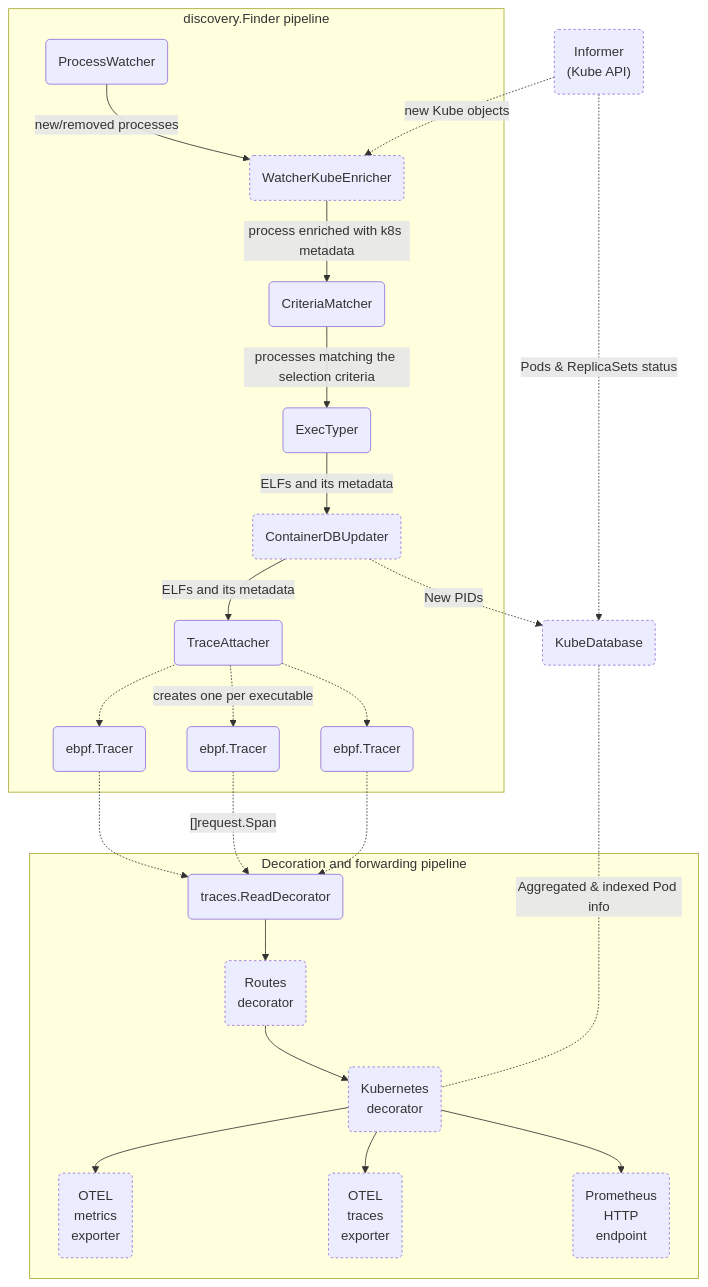
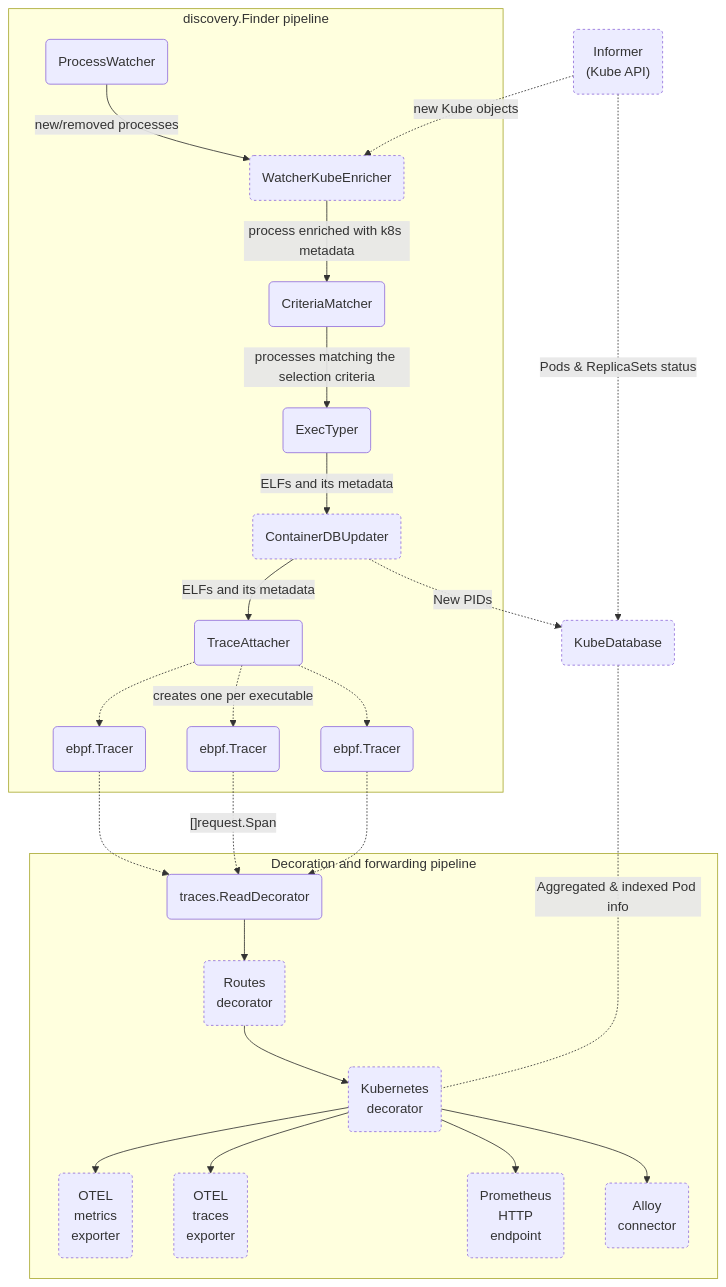
One commit to grafana/beyla changed the first of 2 diagrams in devdocs/pipeline-map.md. Above: the diagram before and after it, drawn with Mermaid. The commit also changed other lines of this file, not shown here.

````diff
--- a/devdocs/pipeline-map.md
+++ b/devdocs/pipeline-map.md
@@ -11,29 +13,30 @@
 ```mermaid
 flowchart TD
     classDef optional stroke-dasharray: 3 3;
     subgraph discovery.Finder pipeline
         PW(ProcessWatcher) --> |new/removed processes| KWE
         KWE(WatcherKubeEnricher):::optional --> |process enriched with k8s metadata| CM
         CM(CriteriaMatcher) --> |processes matching the selection criteria| ET(ExecTyper)
         ET --> |ELFs and its metadata| CU
         CU(ContainerDBUpdater):::optional --> |ELFs and its metadata| TA
         TA(TraceAttacher) -.-> EBPF1(ebpf.Tracer)
         TA -.-> |creates one per executable| EBPF2(ebpf.Tracer)
         TA -.-> EBPF3(ebpf.Tracer)
     end
     subgraph Decoration and forwarding pipeline
         EBPF1 -.-> TR
         EBPF2 -.-> |"[]request.Span"| TR
         EBPF3 -.-> TR
         TR(traces.ReadDecorator) --> ROUT(Routes<br/>decorator)
         ROUT:::optional --> KD(Kubernetes<br/>decorator)
 
         KD:::optional --> OTELM(OTEL<br/> metrics<br/> exporter):::optional
         KD --> OTELT(OTEL<br/> traces<br/> exporter):::optional
         KD --> PROM(Prometheus<br/>HTTP<br/>endpoint):::optional
+        KD --> ALLOY(Alloy<br/>connector):::optional
     end
     CU -.-> |New PIDs| KDB
     KDB(KubeDatabase):::optional <-.- | Aggregated & indexed Pod info | KD
     IF("Informer<br/>(Kube API)"):::optional -.-> |Pods & ReplicaSets status| KDB
     IF -.-> |new Kube objects| KWE
 ```
````
